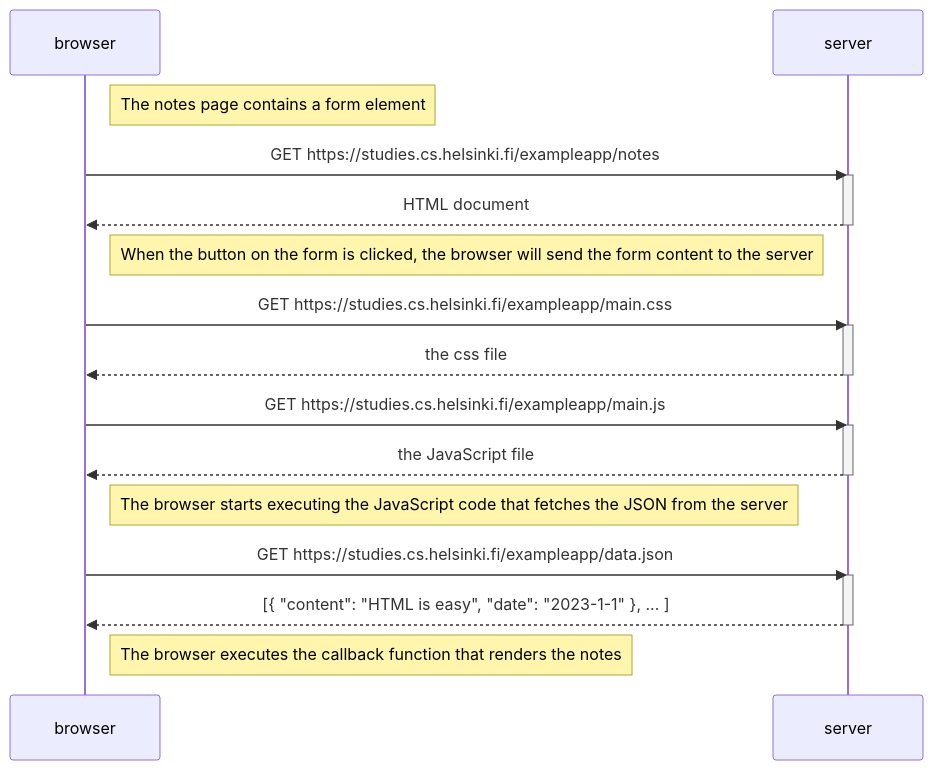
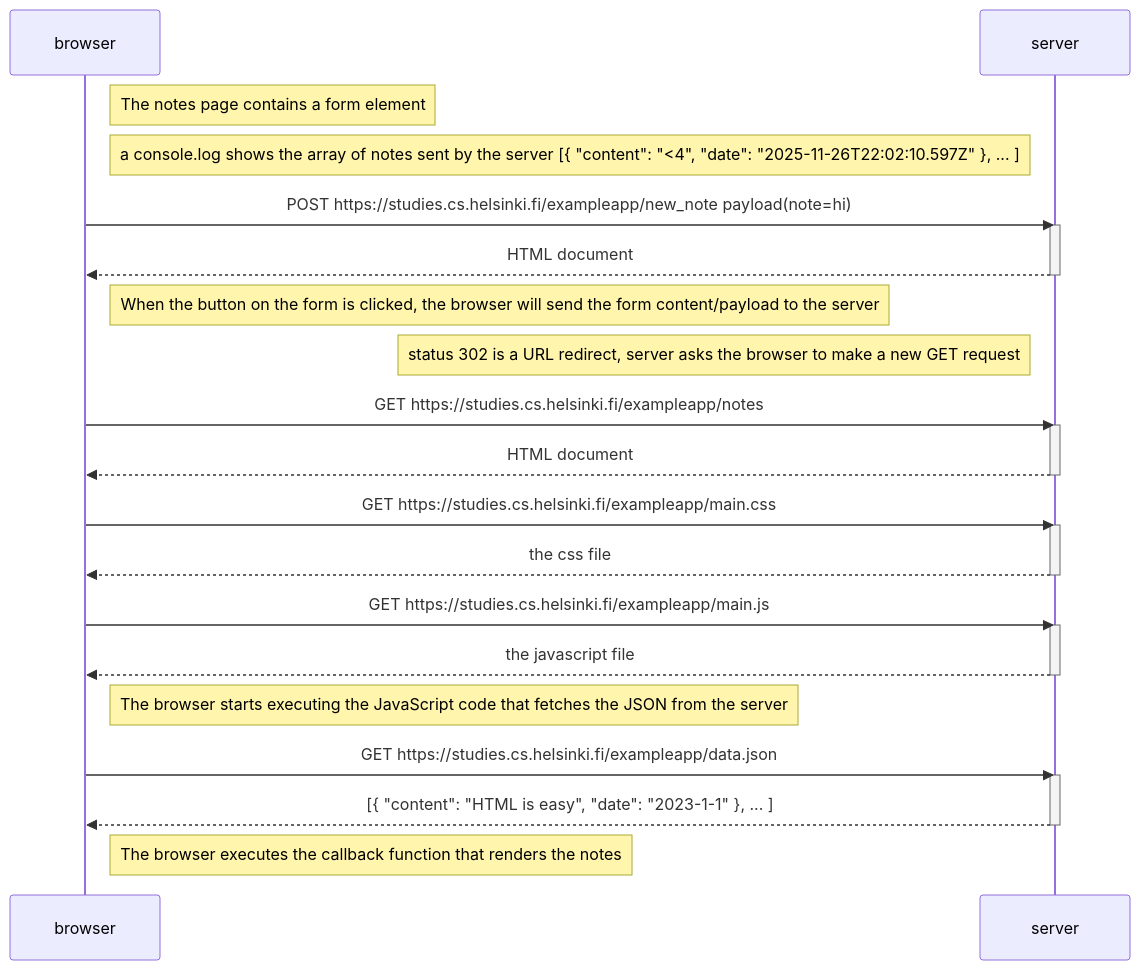
The diagram in part0/new-note-diagram.md (jhbfuhjeissbuis/full-stack-open), drawn with Mermaid before and after one commit.

````diff
--- a/part0/new-note-diagram.md
+++ b/part0/new-note-diagram.md
@@ -1,33 +1,40 @@
 ```mermaid
 sequenceDiagram
     participant browser
     participant server
 
     Note right of browser: The notes page contains a form element
+    Note left of server: a console.log shows the array of notes sent by the server [{  "content": "<4", "date": "2025-11-26T22:02:10.597Z" }, ... ]
+
+    browser->>server: POST https://studies.cs.helsinki.fi/exampleapp/new_note payload(note=hi)
+    activate server
+    server-->>browser: HTML document
+    deactivate server
+
+    Note right of browser: When the button on the form is clicked, the browser will send the form content/payload to the server
+    Note left of server: status 302 is a URL redirect, server asks the browser to make a new GET request
 
     browser->>server: GET https://studies.cs.helsinki.fi/exampleapp/notes
     activate server
     server-->>browser: HTML document
     deactivate server
-
-    Note right of browser: When the button on the form is clicked, the browser will send the form content to the server
 
     browser->>server: GET https://studies.cs.helsinki.fi/exampleapp/main.css
     activate server
     server-->>browser: the css file
     deactivate server
 
     browser->>server: GET https://studies.cs.helsinki.fi/exampleapp/main.js
     activate server
-    server-->>browser: the JavaScript file
+    server-->>browser: the javascript file
     deactivate server
 
     Note right of browser: The browser starts executing the JavaScript code that fetches the JSON from the server
 
     browser->>server: GET https://studies.cs.helsinki.fi/exampleapp/data.json
     activate server
     server-->>browser: [{ "content": "HTML is easy", "date": "2023-1-1" }, ... ]
     deactivate server
 
     Note right of browser: The browser executes the callback function that renders the notes
 ```
````
